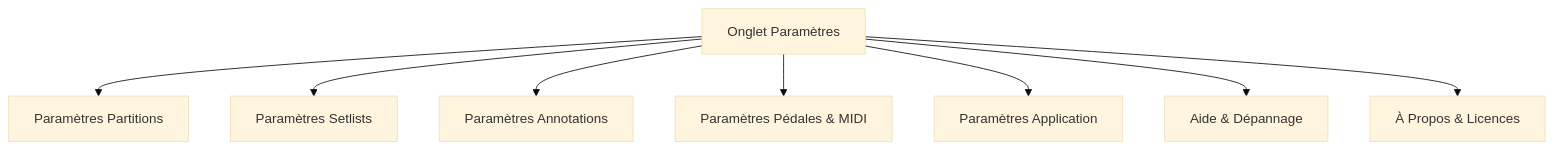
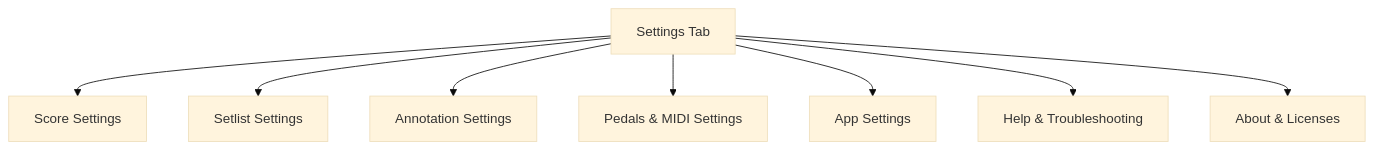
One commit to Audiothor/MusicScoreManager changed the fifth of 5 diagrams in README.md. Above: the diagram before and after it, drawn with Mermaid (base theme). The commit also changed other lines of this file and 1 other file, not shown here.

````diff
--- a/README.md
+++ b/README.md
@@ -480,10 +482,10 @@
 ```mermaid
 graph TD
-    P[Onglet Paramètres] --> P1[Paramètres Partitions]
-    P --> P2[Paramètres Setlists]
-    P --> P3[Paramètres Annotations]
-    P --> P4[Paramètres Pédales & MIDI]
-    P --> P5[Paramètres Application]
-    P --> P6[Aide & Dépannage]
-    P --> P7[À Propos & Licences]
+    P[Settings Tab] --> P1[Score Settings]
+    P --> P2[Setlist Settings]
+    P --> P3[Annotation Settings]
+    P --> P4[Pedals & MIDI Settings]
+    P --> P5[App Settings]
+    P --> P6[Help & Troubleshooting]
+    P --> P7[About & Licenses]
 ```
````
